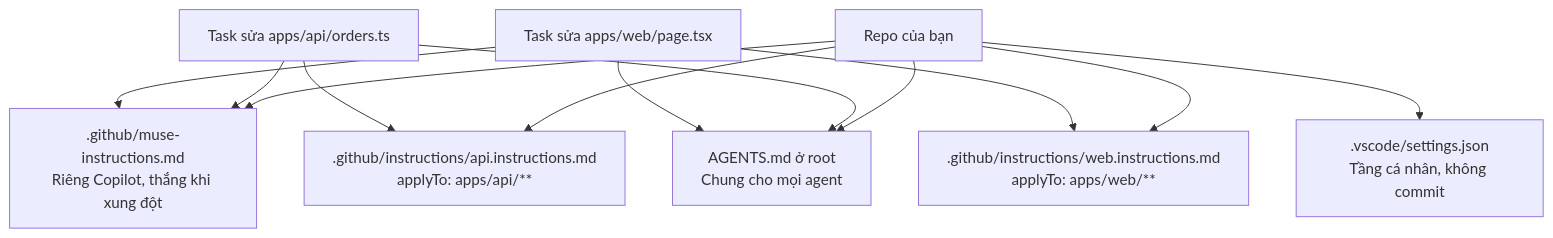
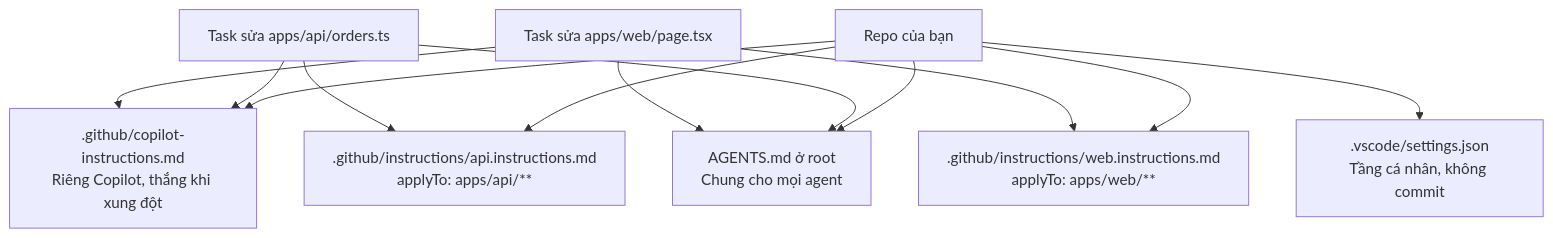
Before and after one commit to nbhson/tutorial-github-copilot: the second of 2 diagrams in 01-huong-dan-su-dung/03-instructions-memory-rules.md, drawn with Mermaid. The commit also changed other lines of this file and 96 other files, not shown here.

````diff
--- a/01-huong-dan-su-dung/03-instructions-memory-rules.md
+++ b/01-huong-dan-su-dung/03-instructions-memory-rules.md
@@ -78,14 +74,14 @@
 ```mermaid
 flowchart TD
     A[Repo của bạn] --> B[AGENTS.md ở root\nChung cho mọi agent]
-    A --> C[.github/muse-instructions.md\nRiêng Copilot, thắng khi xung đột]
+    A --> C[.github/copilot-instructions.md\nRiêng Copilot, thắng khi xung đột]
     A --> D[.github/instructions/api.instructions.md\napplyTo: apps/api/**]
     A --> E[.github/instructions/web.instructions.md\napplyTo: apps/web/**]
     A --> F[.vscode/settings.json\nTầng cá nhân, không commit]
     G[Task sửa apps/api/orders.ts] --> D
     G --> C
     G --> B
     H[Task sửa apps/web/page.tsx] --> E
     H --> C
     H --> B
 ```
````
